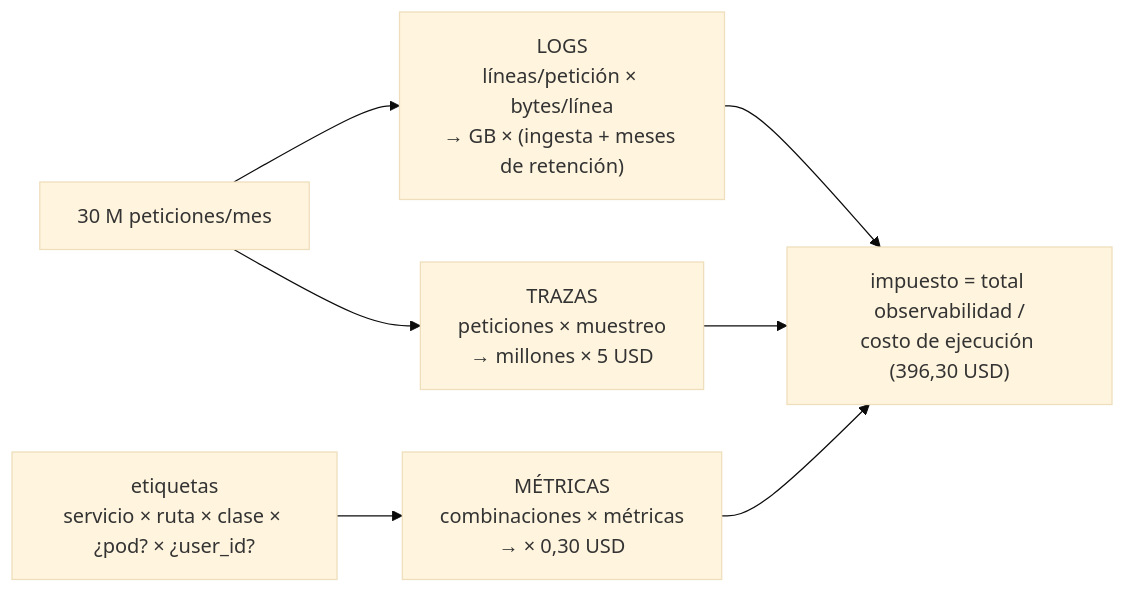
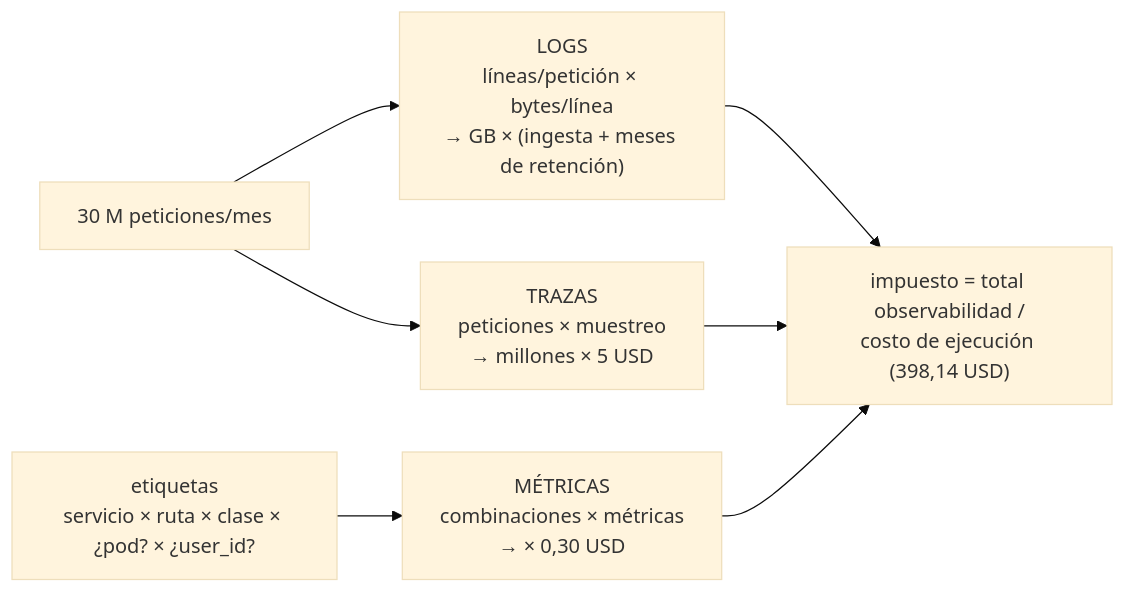
Before and after one commit to NICORUIZ93/The_Imperial_Book: the fifth of 5 diagrams in web/public/content/microservices/modulo-32.md, drawn with Mermaid (base theme). The commit also changed other lines of this file and 10 other files, not shown here.

````diff
--- a/web/public/content/microservices/modulo-32.md
+++ b/web/public/content/microservices/modulo-32.md
@@ -1069,9 +1073,9 @@
 ```mermaid
 flowchart LR
     R["30 M peticiones/mes"] --> L["LOGS<br/>líneas/petición × bytes/línea<br/>→ GB × (ingesta + meses de retención)"]
     R --> T["TRAZAS<br/>peticiones × muestreo<br/>→ millones × 5 USD"]
     E["etiquetas<br/>servicio × ruta × clase × ¿pod? × ¿user_id?"] --> M["MÉTRICAS<br/>combinaciones × métricas<br/>→ × 0,30 USD"]
-    L --> TOT["impuesto = total observabilidad /<br/>costo de ejecución (396,30 USD)"]
+    L --> TOT["impuesto = total observabilidad /<br/>costo de ejecución (398,14 USD)"]
     T --> TOT
     M --> TOT
 ```
````
